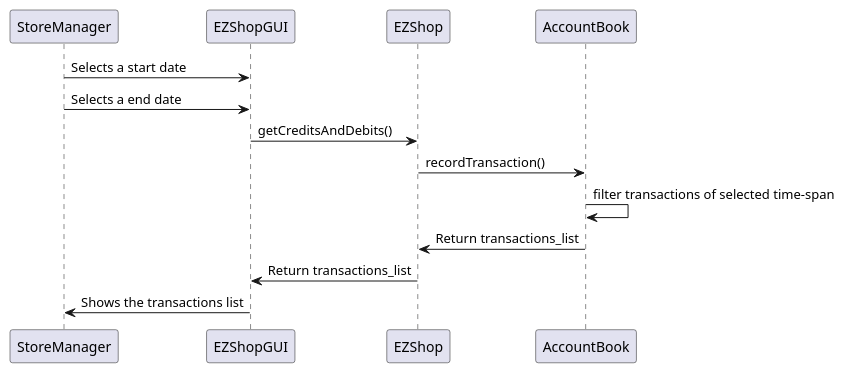
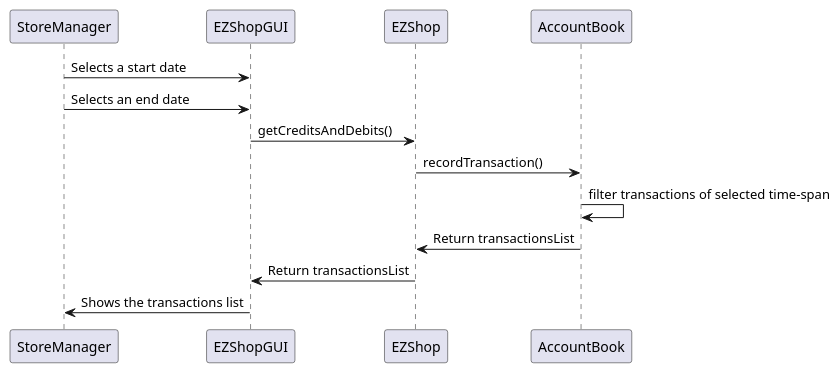
One commit to polito-se2-21-r03/se1-ezshop changed diagram 12 of 13 in Deliverables/DesignDocument.md. Above: the diagram before and after it, drawn with PlantUML. The commit also changed other lines of this file, not shown here.

Commit message:
sequence diagram 8.1 update 2

````diff
--- a/Deliverables/DesignDocument.md
+++ b/Deliverables/DesignDocument.md
@@ -499,12 +499,12 @@
 ```plantuml
 
 StoreManager -> EZShopGUI: Selects a start date
-StoreManager -> EZShopGUI: Selects a end date
+StoreManager -> EZShopGUI: Selects an end date
 EZShopGUI -> EZShop: getCreditsAndDebits()
 EZShop -> AccountBook: recordTransaction()
 AccountBook -> AccountBook: filter transactions of selected time-span
-AccountBook -> EZShop: Return transactions_list
-EZShop -> EZShopGUI: Return transactions_list
+AccountBook -> EZShop: Return transactionsList
+EZShop -> EZShopGUI: Return transactionsList
 EZShopGUI -> StoreManager: Shows the transactions list
 
 ```
````
